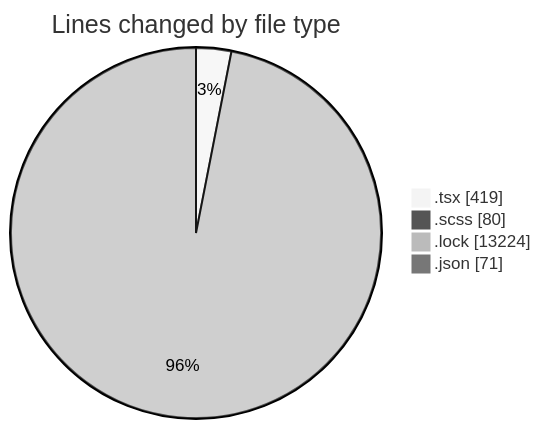
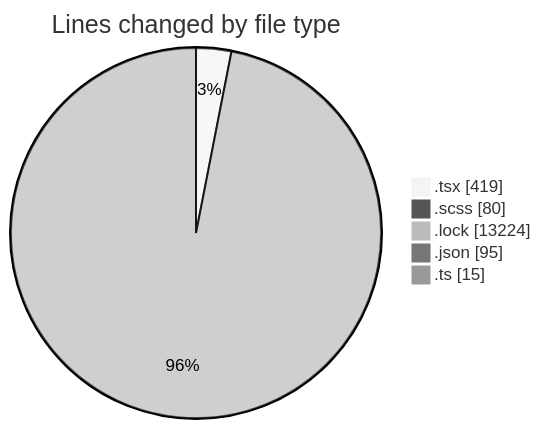
One commit to momahboobian/code-tracking changed the first of 2 diagrams in 2025-05-06/cda/README.md. Above: the diagram before and after it, drawn with Mermaid (neutral theme). The commit also changed other lines of this file and 1 other file, not shown here.

````diff
--- a/2025-05-06/cda/README.md
+++ b/2025-05-06/cda/README.md
@@ -26,8 +28,9 @@
 ```mermaid
 pie showData
 title Lines changed by file type
 ".tsx" : 419
 ".scss" : 80
 ".lock" : 13224
-".json" : 71
+".json" : 95
+".ts" : 15
 ```
````
